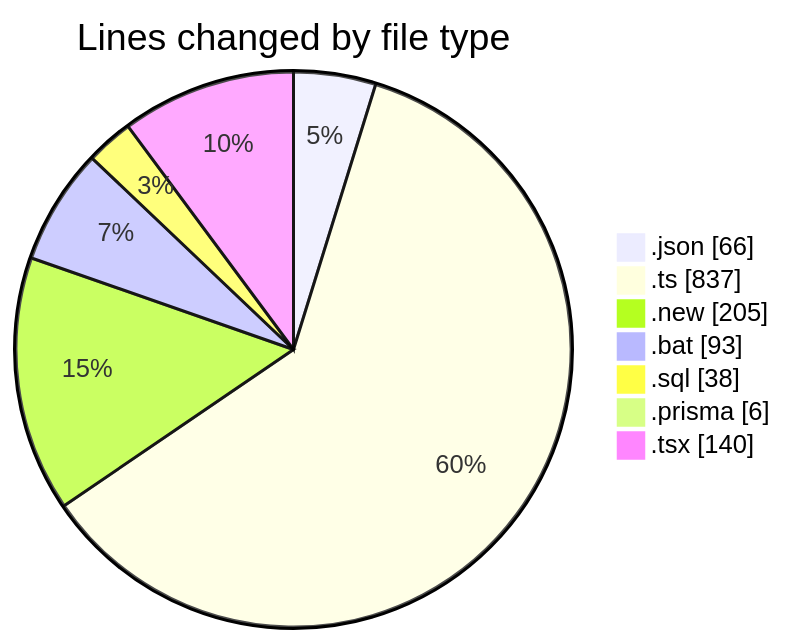
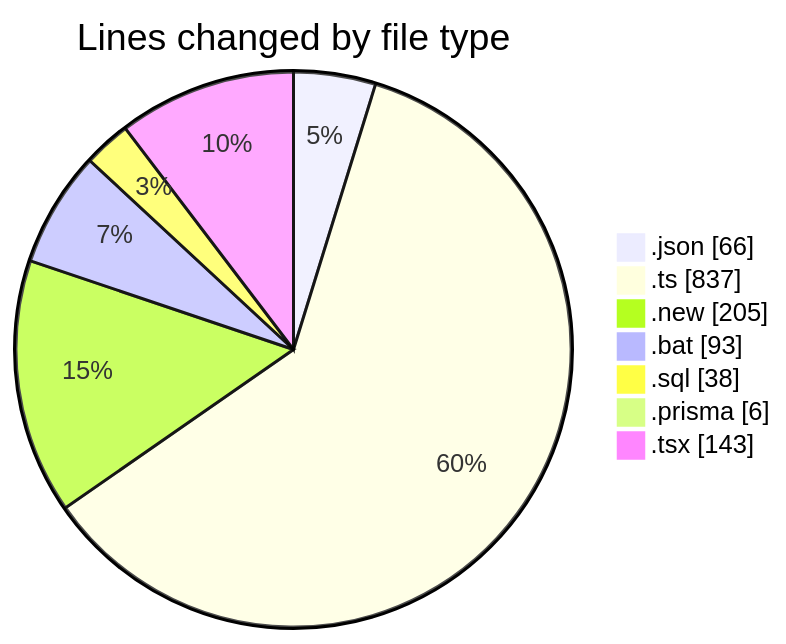
One commit to CELIANVF/code-tracking changed the first of 2 diagrams in 2025-05-20/ecodeli-1/README.md. Above: the diagram before and after it, drawn with Mermaid. The commit also changed other lines of this file and 1 other file, not shown here.

````diff
--- a/2025-05-20/ecodeli-1/README.md
+++ b/2025-05-20/ecodeli-1/README.md
@@ -34,11 +35,11 @@
 ```mermaid
 pie showData
 title Lines changed by file type
 ".json" : 66
 ".ts" : 837
 ".new" : 205
 ".bat" : 93
 ".sql" : 38
 ".prisma" : 6
-".tsx" : 140
+".tsx" : 143
 ```
````
